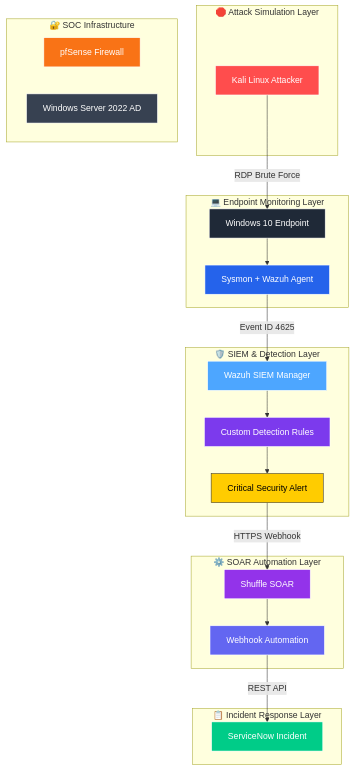
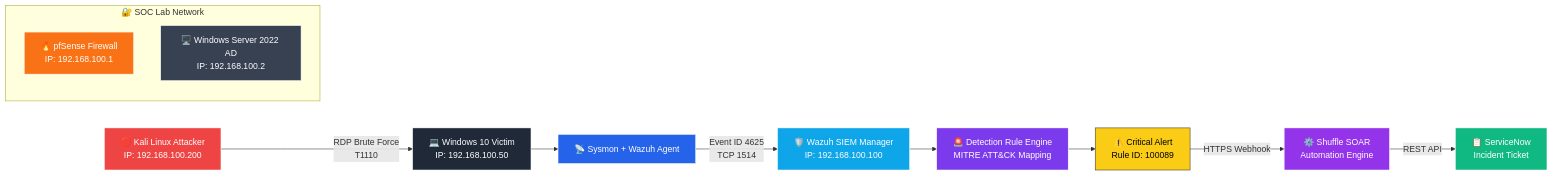
One commit to Bommalimallesu/Autonomous-SOC-Home-Lab changed the diagram in README.md. Above: the diagram before and after it, drawn with Mermaid.

Commit message:
updated architecture diagram

````diff
--- a/README.md
+++ b/README.md
@@ -22,89 +22,73 @@
 ```mermaid
-flowchart TB
+flowchart LR
 
     %% =========================
     %% ATTACK LAYER
     %% =========================
-    subgraph ATTACK["🛑 Attack Simulation Layer"]
-        A["Kali Linux Attacker"]
-    end
+    A["🛑 Kali Linux Attacker<br>IP: 192.168.100.200"]
 
     %% =========================
-    %% ENDPOINT LAYER
+    %% ENDPOINT
     %% =========================
-    subgraph ENDPOINT["💻 Endpoint Monitoring Layer"]
-        B["Windows 10 Endpoint"]
-        C["Sysmon + Wazuh Agent"]
-    end
+    B["💻 Windows 10 Victim<br>IP: 192.168.100.50"]
+
+    C["📡 Sysmon + Wazuh Agent"]
 
     %% =========================
-    %% SIEM LAYER
+    %% SIEM
     %% =========================
-    subgraph SIEM["🛡️ SIEM & Detection Layer"]
-        D["Wazuh SIEM Manager"]
-        E["Custom Detection Rules"]
-        F["Critical Security Alert"]
-    end
+    D["🛡️ Wazuh SIEM Manager<br>IP: 192.168.100.100"]
+
+    E["🚨 Detection Rule Engine<br>MITRE ATT&CK Mapping"]
+
+    F["⚠️ Critical Alert<br>Rule ID: 100089"]
 
     %% =========================
-    %% AUTOMATION LAYER
+    %% SOAR
     %% =========================
-    subgraph SOAR["⚙️ SOAR Automation Layer"]
-        G["Shuffle SOAR"]
-        H["Webhook Automation"]
-    end
+    G["⚙️ Shuffle SOAR<br>Automation Engine"]
 
     %% =========================
-    %% INCIDENT RESPONSE
+    %% ITSM
     %% =========================
-    subgraph IR["📋 Incident Response Layer"]
-        I["ServiceNow Incident"]
-    end
+    H["📋 ServiceNow<br>Incident Ticket"]
 
     %% =========================
     %% INFRASTRUCTURE
     %% =========================
-    subgraph INFRA["🔐 SOC Infrastructure"]
-        J["pfSense Firewall"]
-        K["Windows Server 2022 AD"]
+    subgraph NETWORK["🔐 SOC Lab Network"]
+        I["🔥 pfSense Firewall<br>IP: 192.168.100.1"]
+        J["🖥️ Windows Server 2022 AD<br>IP: 192.168.100.2"]
     end
 
     %% =========================
-    %% ATTACK FLOW
+    %% FLOW
     %% =========================
-    A -->|"RDP Brute Force"| B
+    A -->|"RDP Brute Force<br>T1110"| B
+
+    B --> C
+
+    C -->|"Event ID 4625<br>TCP 1514"| D
+
+    D --> E
+
+    E --> F
+
+    F -->|"HTTPS Webhook"| G
+
+    G -->|"REST API"| H
 
     %% =========================
-    %% TELEMETRY FLOW
+    %% COLORS
     %% =========================
-    B --> C
-    C -->|"Event ID 4625"| D
-
-    %% =========================
-    %% DETECTION FLOW
-    %% =========================
-    D --> E
-    E --> F
-
-    %% =========================
-    %% AUTOMATION FLOW
-    %% =========================
-    F -->|"HTTPS Webhook"| G
-    G --> H
-    H -->|"REST API"| I
-
-    %% =========================
-    %% STYLING
-    %% =========================
-    style A fill:#ff4d4d,color:#ffffff,stroke:#ffffff
+    style A fill:#ef4444,color:#ffffff,stroke:#ffffff
     style B fill:#1f2937,color:#ffffff,stroke:#ffffff
     style C fill:#2563eb,color:#ffffff,stroke:#ffffff
-    style D fill:#4da6ff,color:#ffffff,stroke:#ffffff
+    style D fill:#0ea5e9,color:#ffffff,stroke:#ffffff
     style E fill:#7c3aed,color:#ffffff,stroke:#ffffff
-    style F fill:#ffcc00,color:#000000,stroke:#333333
+    style F fill:#facc15,color:#000000,stroke:#333333
     style G fill:#9333ea,color:#ffffff,stroke:#ffffff
-    style H fill:#6366f1,color:#ffffff,stroke:#ffffff
-    style I fill:#00cc88,color:#ffffff,stroke:#ffffff
-    style J fill:#f97316,color:#ffffff,stroke:#ffffff
-    style K fill:#374151,color:#ffffff,stroke:#ffffff
+    style H fill:#10b981,color:#ffffff,stroke:#ffffff
+    style I fill:#f97316,color:#ffffff,stroke:#ffffff
+    style J fill:#374151,color:#ffffff,stroke:#ffffff
 ```
````
